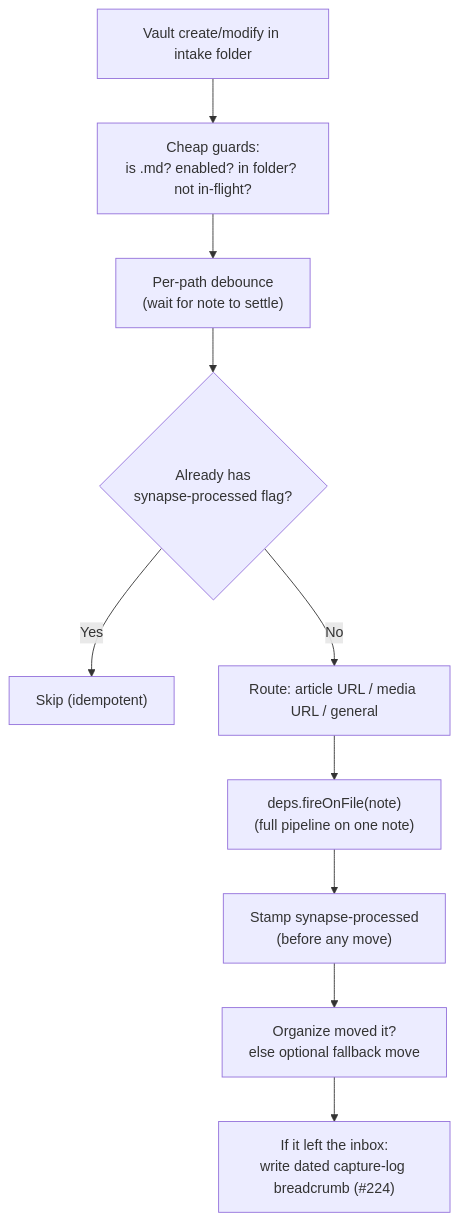
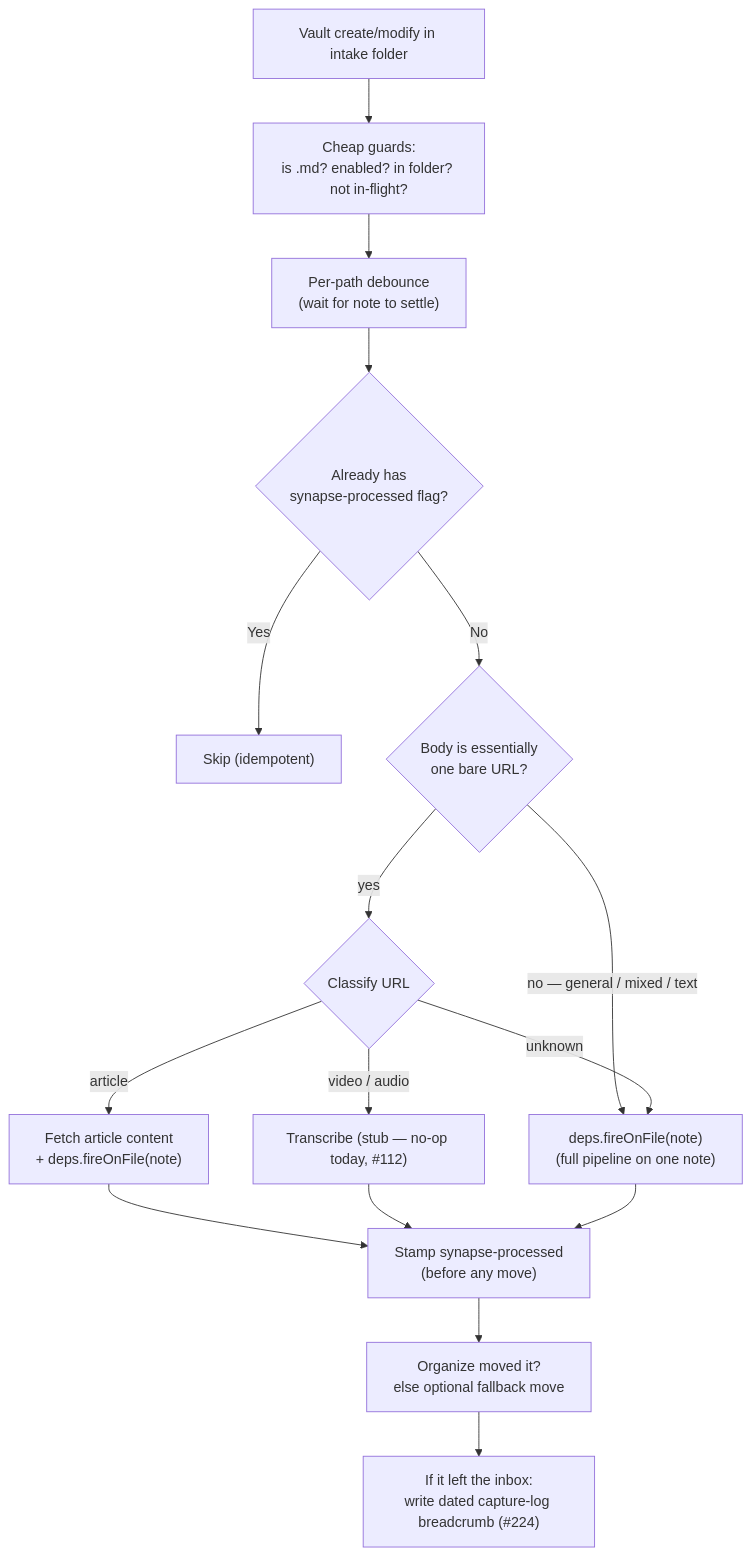
The fourth of 12 diagrams in ARCHITECTURE.md (dustinkeeton/obsidian-synapse), drawn with Mermaid before and after one commit. The commit also changed other lines of this file and 1 other file, not shown here.

Commit message:
docs: add command-pipeline Mermaid diagram (#388)

````diff
--- a/ARCHITECTURE.md
+++ b/ARCHITECTURE.md
@@ -371,12 +375,18 @@
 ```mermaid
 graph TB
     Event["Vault create/modify in intake folder"] --> Guard["Cheap guards:<br/>is .md? enabled? in folder? not in-flight?"]
     Guard --> Debounce["Per-path debounce<br/>(wait for note to settle)"]
     Debounce --> Idem{"Already has<br/>synapse-processed flag?"}
     Idem -->|Yes| Skip["Skip (idempotent)"]
-    Idem -->|No| Route["Route: article URL / media URL / general"]
-    Route --> Fire["deps.fireOnFile(note)<br/>(full pipeline on one note)"]
+    Idem -->|No| Bare{"Body is essentially<br/>one bare URL?"}
+    Bare -->|"no — general / mixed / text"| Fire["deps.fireOnFile(note)<br/>(full pipeline on one note)"]
+    Bare -->|yes| Classify{"Classify URL"}
+    Classify -->|article| Article["Fetch article content<br/>+ deps.fireOnFile(note)"]
+    Classify -->|"video / audio"| Stub["Transcribe (stub — no-op today, #112)"]
+    Classify -->|unknown| Fire
+    Article --> Stamp
+    Stub --> Stamp
     Fire --> Stamp["Stamp synapse-processed<br/>(before any move)"]
     Stamp --> Move["Organize moved it?<br/>else optional fallback move"]
     Move --> Log["If it left the inbox:<br/>write dated capture-log breadcrumb (#224)"]
 ```
````
